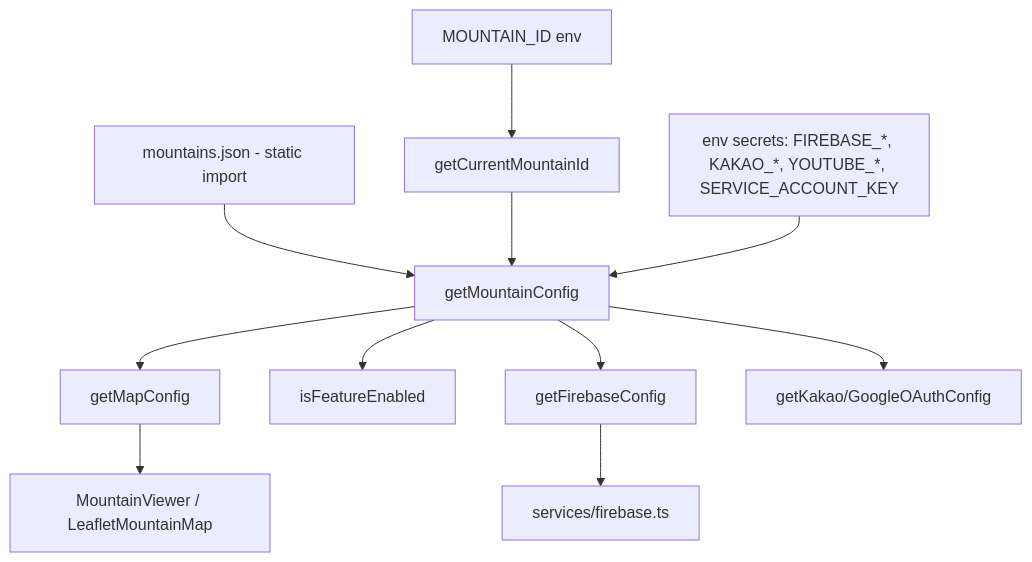
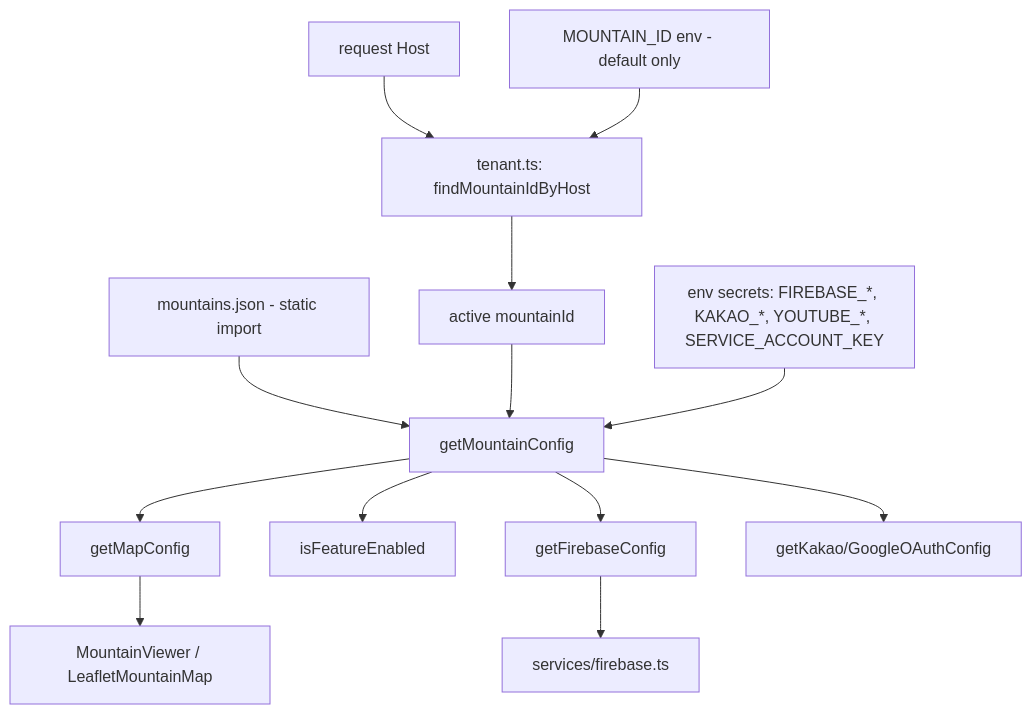
One commit to wwolfyy/mohocat changed the first of 2 diagrams in docs/codebase/multi-tenant-config.md. Above: the diagram before and after it, drawn with Mermaid. The commit also changed other lines of this file and 18 other files, not shown here.

````diff
--- a/docs/codebase/multi-tenant-config.md
+++ b/docs/codebase/multi-tenant-config.md
@@ -25,13 +31,15 @@
 ```mermaid
 flowchart TD
-    Env[MOUNTAIN_ID env] --> CurId[getCurrentMountainId]
+    Host[request Host] --> Resolve[tenant.ts: findMountainIdByHost]
+    Env[MOUNTAIN_ID env - default only] --> Resolve
+    Resolve --> MId[active mountainId]
     Json[mountains.json - static import] --> Cfg[getMountainConfig]
-    CurId --> Cfg
+    MId --> Cfg
     EnvSecrets[env secrets: FIREBASE_*, KAKAO_*, YOUTUBE_*, SERVICE_ACCOUNT_KEY] --> Cfg
     Cfg --> MapCfg[getMapConfig]
     Cfg --> Features[isFeatureEnabled]
     Cfg --> FBCfg[getFirebaseConfig]
     Cfg --> OAuth[getKakao/GoogleOAuthConfig]
     MapCfg --> Map[MountainViewer / LeafletMountainMap]
     FBCfg --> FBInit[services/firebase.ts]
 ```
````
